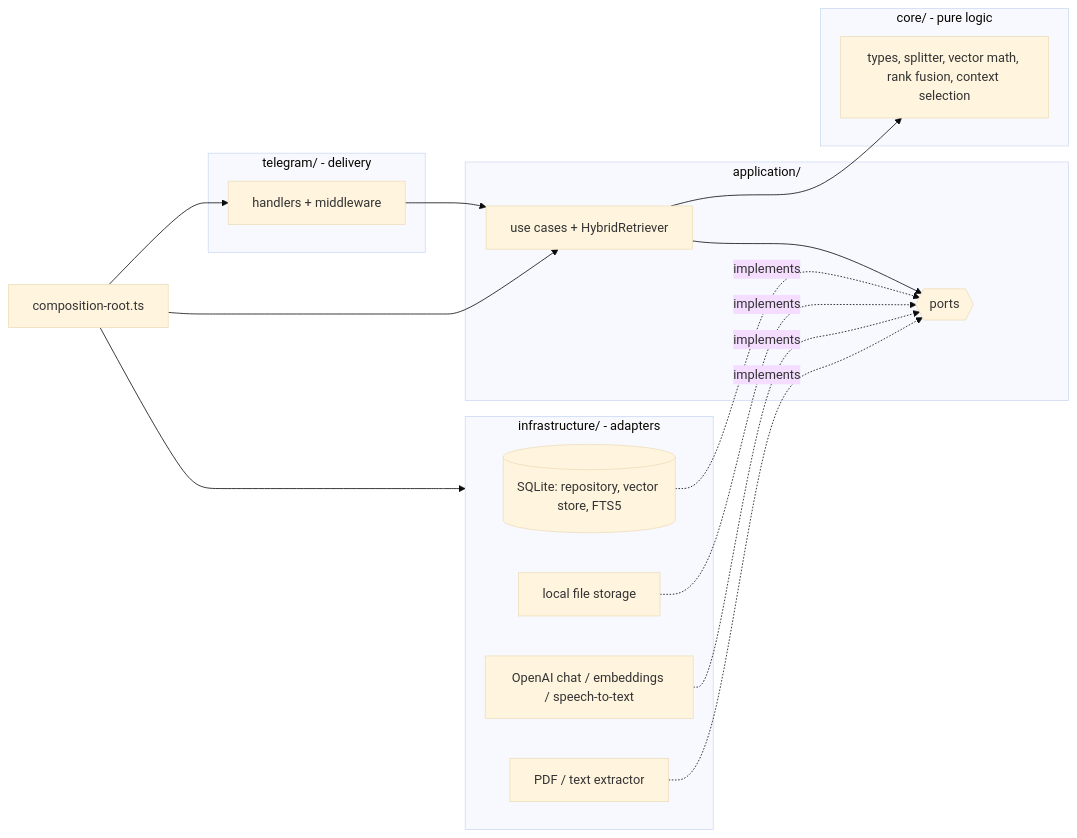
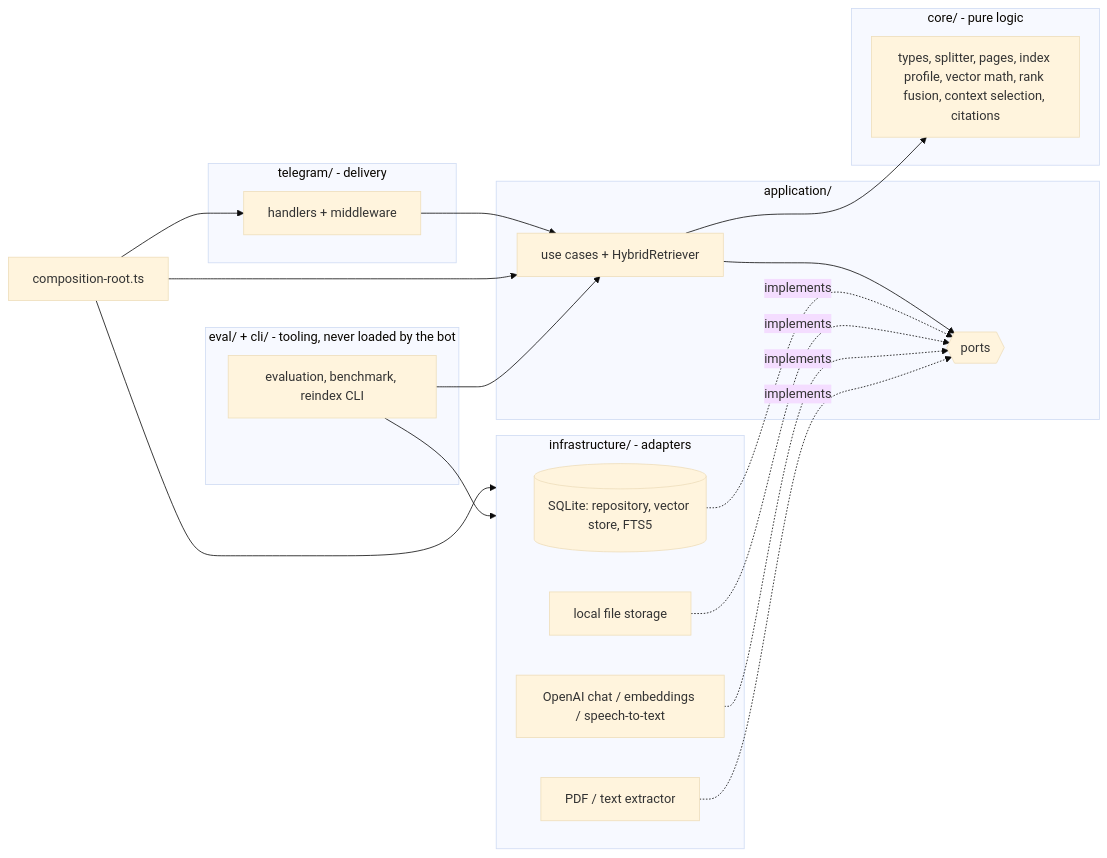
Before and after one commit to AlexTikhon/ai-assistant-tg-bot: the first of 3 diagrams in README.md, drawn with Mermaid (base theme). The commit also changed other lines of this file and 109 other files, not shown here.

````diff
--- a/README.md
+++ b/README.md
@@ -34,29 +36,34 @@
 ```mermaid
 flowchart LR
   subgraph telegram [telegram/ - delivery]
     H[handlers + middleware]
   end
   subgraph application [application/]
     UC[use cases + HybridRetriever]
     P{{ports}}
   end
   subgraph core [core/ - pure logic]
-    C[types, splitter, vector math, rank fusion, context selection]
+    C[types, splitter, pages, index profile, vector math, rank fusion, context selection, citations]
   end
   subgraph infra [infrastructure/ - adapters]
     SQ[(SQLite: repository, vector store, FTS5)]
     FS[local file storage]
     OA[OpenAI chat / embeddings / speech-to-text]
     PDF[PDF / text extractor]
+  end
+  subgraph tooling [eval/ + cli/ - tooling, never loaded by the bot]
+    EV[evaluation, benchmark, reindex CLI]
   end
   H --> UC
   UC --> P
   UC --> C
   SQ -. implements .-> P
   FS -. implements .-> P
   OA -. implements .-> P
   PDF -. implements .-> P
   CR[composition-root.ts] --> H
   CR --> UC
   CR --> infra
+  EV --> UC
+  EV --> infra
 ```
````
